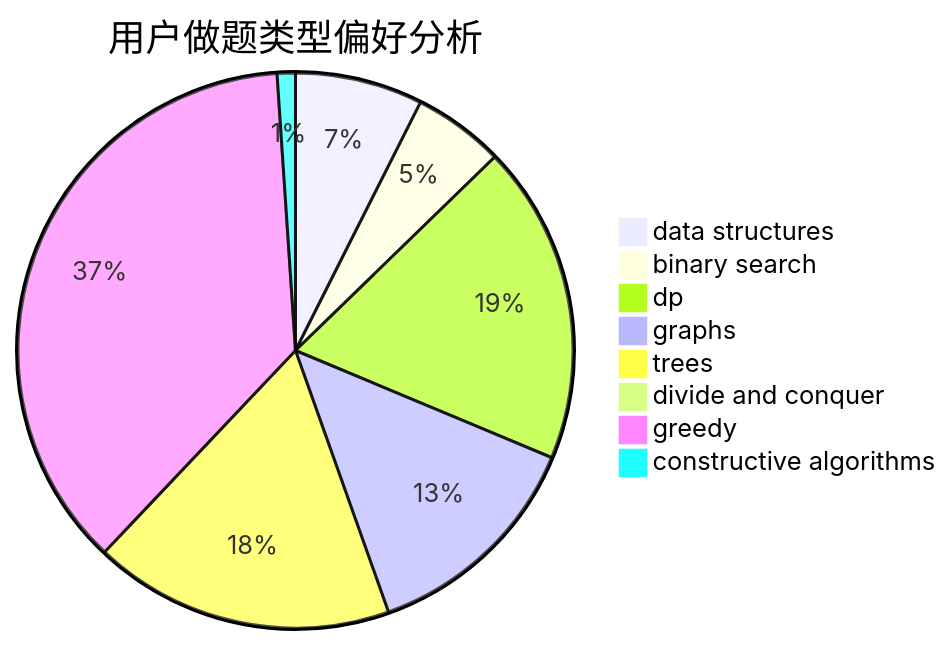
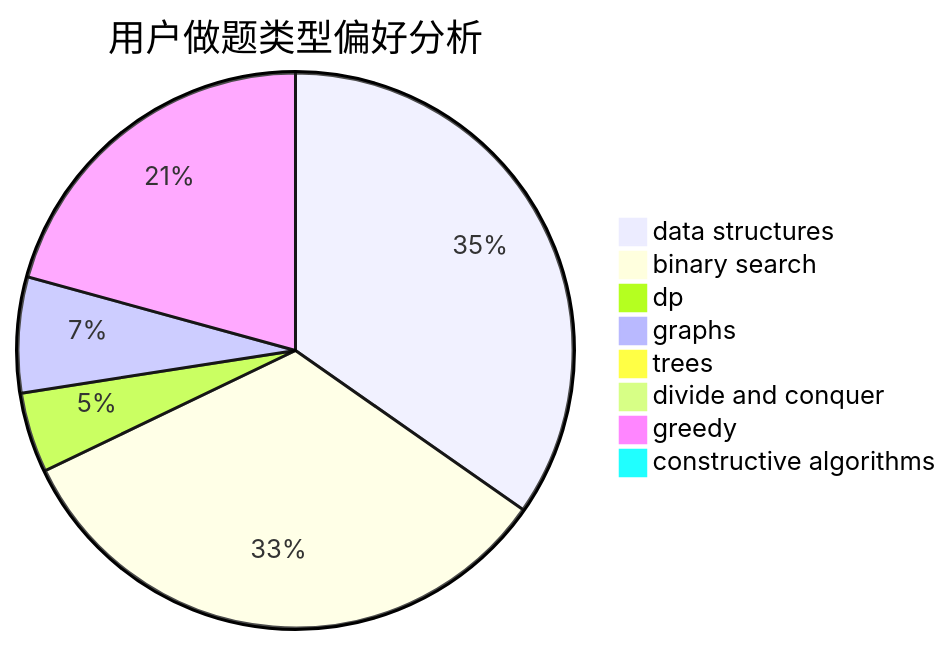
One commit to sherpahu/cfrs.github.io changed the second of 3 diagrams in docs/user/u395.md. Above: the diagram before and after it, drawn with Mermaid. The commit also changed other lines of this file and 2770 other files, not shown here.

````diff
--- a/docs/user/u395.md
+++ b/docs/user/u395.md
@@ -23,11 +23,11 @@
 ```mermaid
 pie title 用户做题类型偏好分析
-    "data structures" :  28
-    "binary search" :  20
-    "dp" :  70
-    "graphs" :  50
-    "trees" :  66
+    "data structures" :  67
+    "binary search" :  64
+    "dp" :  9
+    "graphs" :  13
+    "trees" :  0
     "divide and conquer" :  0
-    "greedy" :  139
-    "constructive algorithms" :  4
+    "greedy" :  40
+    "constructive algorithms" :  0
 ```
````
